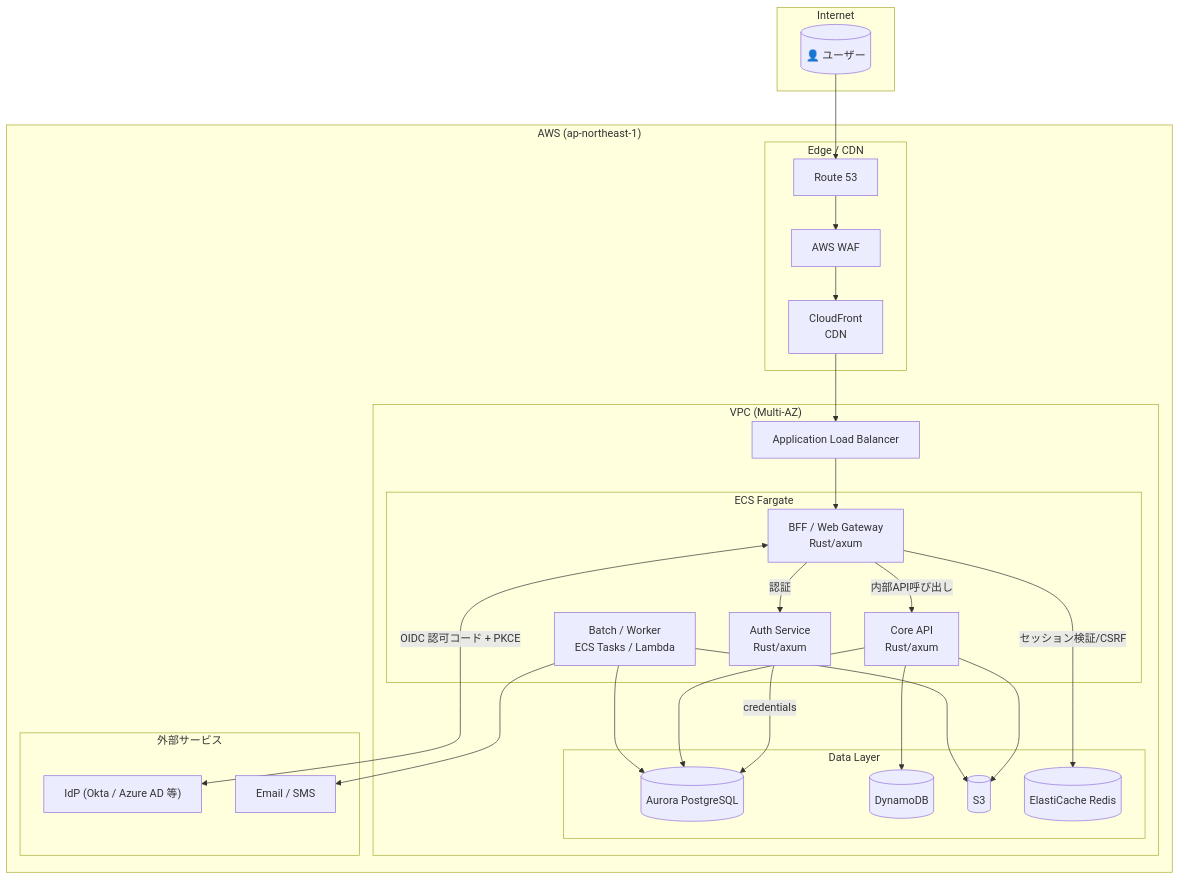
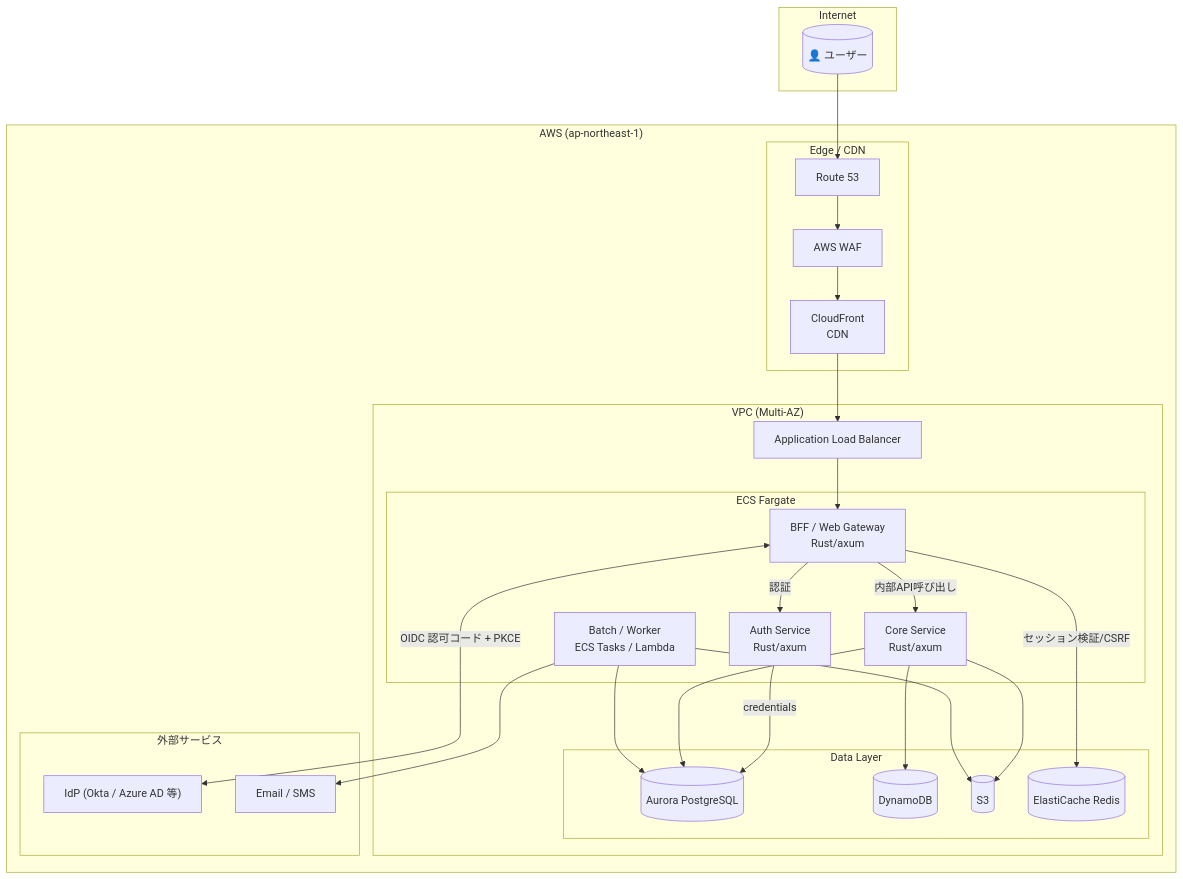
Before and after one commit to ka2kama/ringiflow: the first of 4 diagrams in docs/02_基本設計書/01_アーキテクチャ設計.md, drawn with Mermaid. The commit also changed other lines of this file and 55 other files, not shown here.

````diff
--- a/docs/02_基本設計書/01_アーキテクチャ設計.md
+++ b/docs/02_基本設計書/01_アーキテクチャ設計.md
@@ -34,55 +34,55 @@
 ```mermaid
 flowchart TB
     subgraph Internet
         User[("👤 ユーザー")]
     end
 
     subgraph AWS["AWS (ap-northeast-1)"]
         subgraph Edge["Edge / CDN"]
             Route53["Route 53"]
             WAF["AWS WAF"]
             CloudFront["CloudFront<br/>CDN"]
         end
 
         subgraph VPC["VPC (Multi-AZ)"]
             ALB["Application Load Balancer"]
 
             subgraph ECS["ECS Fargate"]
                 BFF["BFF / Web Gateway<br/>Rust/axum"]
                 Auth["Auth Service<br/>Rust/axum"]
-                Core["Core API<br/>Rust/axum"]
+                Core["Core Service<br/>Rust/axum"]
                 Worker["Batch / Worker<br/>ECS Tasks / Lambda"]
             end
 
             subgraph Data["Data Layer"]
                 Aurora[(Aurora PostgreSQL)]
                 DDB[(DynamoDB)]
                 S3[(S3)]
                 Redis[(ElastiCache Redis)]
             end
         end
 
         subgraph External["外部サービス"]
             IdP["IdP (Okta / Azure AD 等)"]
             Email["Email / SMS"]
         end
     end
 
     User --> Route53 --> WAF --> CloudFront
     CloudFront --> ALB
 
     ALB --> BFF
     BFF -->|セッション検証/CSRF| Redis
     BFF -->|認証| Auth
     BFF -->|内部API呼び出し| Core
 
     Auth -->|credentials| Aurora
     Core --> Aurora
     Core --> DDB
     Core --> S3
     Worker --> Aurora
     Worker --> S3
     Worker --> Email
 
     BFF <-->|OIDC 認可コード + PKCE| IdP
 ```
````
